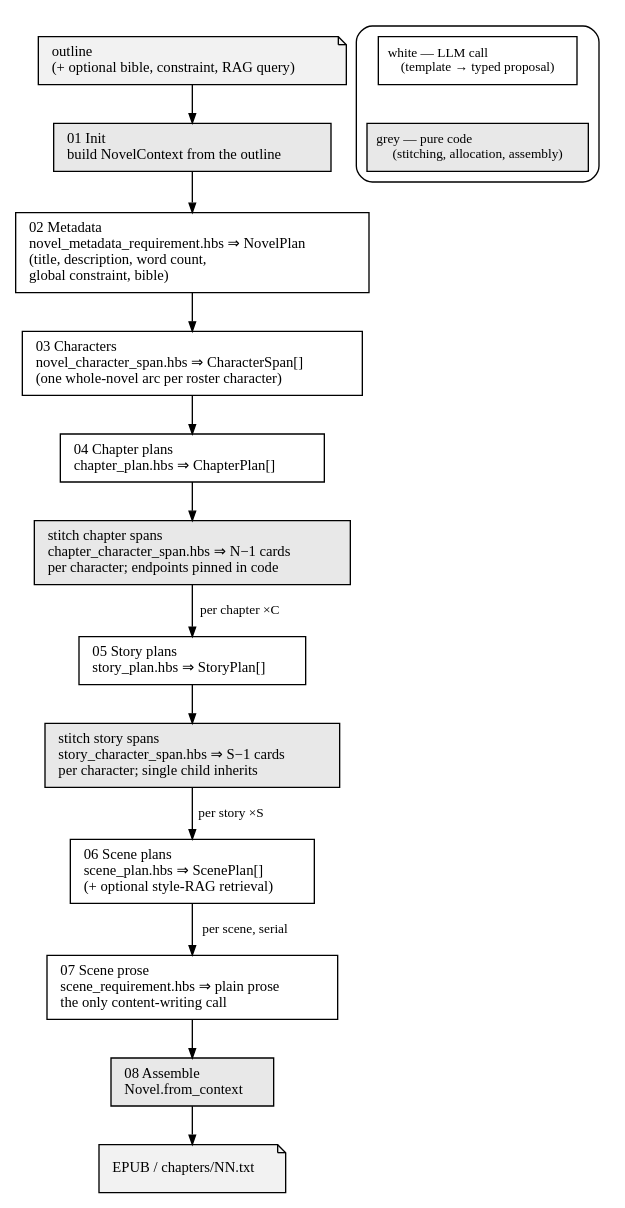
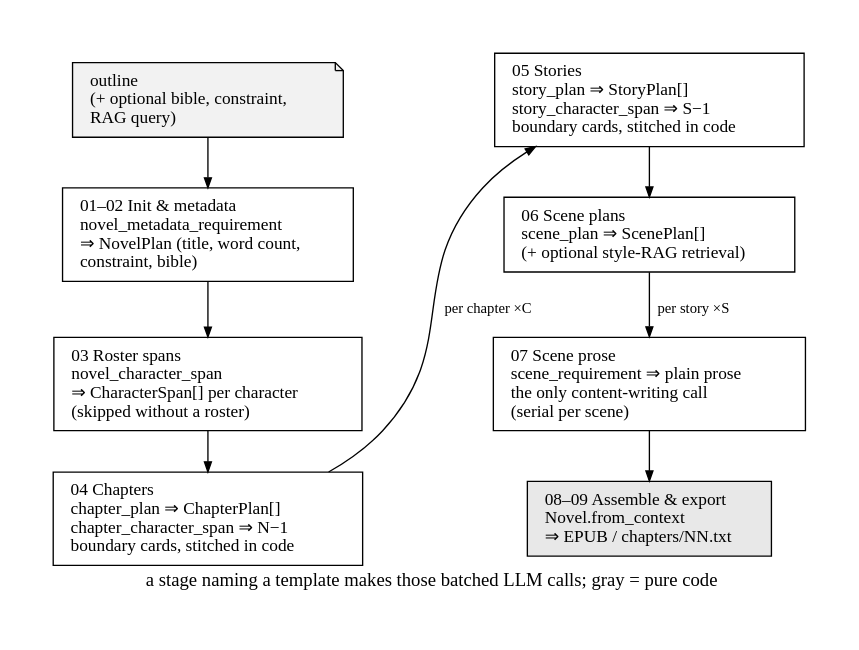
One commit to Whth/fabricatio changed the diagram in packages/fabricatio-novel/assets/pipeline.gv. Above: the diagram before and after it, drawn with Graphviz. The commit also changed 6 other files, not shown here.

```diff
--- a/packages/fabricatio-novel/assets/pipeline.gv
+++ b/packages/fabricatio-novel/assets/pipeline.gv
@@ -1,52 +1,42 @@
 // fabricatio-novel: staged pipeline with its LLM call inventory.
 // Render: dot -Tsvg pipeline.gv -o pipeline.svg
+// Templates are .hbs files under templates/built-in/ (full mapping in the README table).
 digraph pipeline {
     rankdir=TB;
+    bgcolor="white";
     fontname="serif";
-    fontsize=11;
-    nodesep=0.30;
-    ranksep=0.38;
+    pad="0.45";
+    nodesep=0.45;
+    ranksep=0.42;
+    labelloc="b";
+    label="  a stage naming a template makes those batched LLM calls; gray = pure code";
 
     node [shape=box, style="filled", fillcolor="white", color="black",
-          fontname="serif", fontsize=11, margin="0.14,0.08"];
-    edge [color="black", arrowsize=0.7, fontname="serif", fontsize=10];
+          fontname="serif", fontsize=13, margin="0.18,0.10"];
+    edge [color="black", arrowsize=0.75, fontname="serif", fontsize=11];
 
-    // inputs / outputs
-    outline [label="outline\l(+ optional bible, constraint, RAG query)\l", shape=note, fillcolor="#F2F2F2"];
-    epub    [label="EPUB / chapters/NN.txt\l", shape=note, fillcolor="#F2F2F2"];
+    // left column — novel scope
+    outline [label="outline\l(+ optional bible, constraint,\lRAG query)\l", shape=note, fillcolor="#F2F2F2"];
+    initmeta [label="01–02 Init & metadata\lnovel_metadata_requirement\l⇒ NovelPlan (title, word count,\lconstraint, bible)\l"];
+    chars    [label="03 Roster spans\lnovel_character_span\l⇒ CharacterSpan[] per character\l(skipped without a roster)\l"];
+    chapters [label="04 Chapters\lchapter_plan ⇒ ChapterPlan[]\lchapter_character_span ⇒ N−1\lboundary cards, stitched in code\l"];
 
-    // code-only stages carry a light-gray fill; LLM stages stay white
-    init     [label="01 Init\lbuild NovelContext from the outline\l", fillcolor="#E8E8E8"];
-    meta     [label="02 Metadata\lnovel_metadata_requirement.hbs ⇒ NovelPlan\l(title, description, word count,\lglobal constraint, bible)\l"];
-    chars    [label="03 Characters\lnovel_character_span.hbs ⇒ CharacterSpan[]\l(one whole-novel arc per roster character)\l"];
-    chap     [label="04 Chapter plans\lchapter_plan.hbs ⇒ ChapterPlan[]\l"];
-    chapspan [label="stitch chapter spans\lchapter_character_span.hbs ⇒ N−1 cards\lper character; endpoints pinned in code\l", fillcolor="#E8E8E8"];
-    story    [label="05 Story plans\lstory_plan.hbs ⇒ StoryPlan[]\l"];
-    storyspan[label="stitch story spans\lstory_character_span.hbs ⇒ S−1 cards\lper character; single child inherits\l", fillcolor="#E8E8E8"];
-    splan    [label="06 Scene plans\lscene_plan.hbs ⇒ ScenePlan[]\l(+ optional style-RAG retrieval)\l"];
-    prose    [label="07 Scene prose\lscene_requirement.hbs ⇒ plain prose\lthe only content-writing call\l"];
-    asm      [label="08 Assemble\lNovel.from_context\l", fillcolor="#E8E8E8"];
+    // right column — chapter scope
+    stories [label="05 Stories\lstory_plan ⇒ StoryPlan[]\lstory_character_span ⇒ S−1\lboundary cards, stitched in code\l"];
+    splan   [label="06 Scene plans\lscene_plan ⇒ ScenePlan[]\l(+ optional style-RAG retrieval)\l"];
+    prose   [label="07 Scene prose\lscene_requirement ⇒ plain prose\lthe only content-writing call\l(serial per scene)\l"];
+    asm     [label="08–09 Assemble & export\lNovel.from_context\l⇒ EPUB / chapters/NN.txt\l", fillcolor="#E8E8E8"];
 
-    outline -> init;
-    init     -> meta;
-    meta     -> chars;
-    chars    -> chap;
-    chap     -> chapspan;
-    chapspan -> story   [label=" per chapter ×C"];
-    story    -> storyspan;
-    storyspan-> splan   [label=" per story ×S"];
-    splan    -> prose   [label=" per scene, serial"];
+    outline  -> initmeta;
+    initmeta -> chars;
+    chars    -> chapters;
+    chapters -> stories [label=" per chapter ×C", constraint=false];
+    stories  -> splan;
+    splan    -> prose [label=" per story ×S"];
     prose    -> asm;
-    asm      -> epub;
 
-    // legend
-    subgraph cluster_legend {
-        label="";
-        style="rounded";
-        fontname="serif";
-        fontsize=10;
-        llm   [label="white — LLM call\l(template → typed proposal)", fontsize=10, margin="0.10,0.05"];
-        code_ [label="grey — pure code\l(stitching, allocation, assembly)", fontsize=10, fillcolor="#E8E8E8", margin="0.10,0.05"];
-        llm -> code_ [style=invis];
-    }
+    { rank=same; outline;  stories; }
+    { rank=same; initmeta; splan;   }
+    { rank=same; chars;    prose;   }
+    { rank=same; chapters; asm;     }
 }
```
